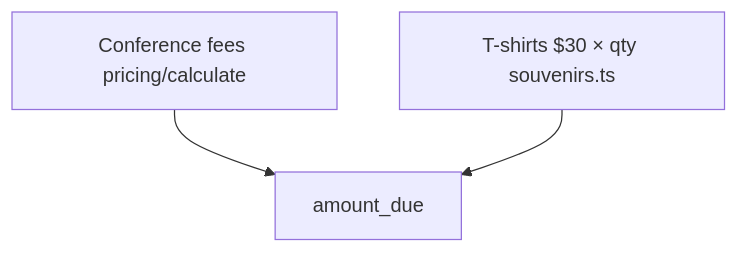
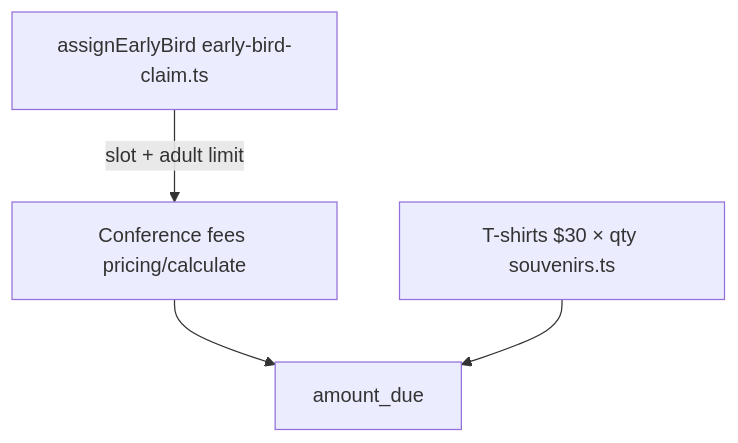
The fifth of 6 diagrams in docs/flows/registration.md (dotnetmike/CFCA_Registration), drawn with Mermaid before and after one commit. The commit also changed other lines of this file and 41 other files, not shown here.

First line of the commit message:
feat(version): bump package version to 0.37.1 and enhance early bird registration features

````diff
--- a/docs/flows/registration.md
+++ b/docs/flows/registration.md
@@ -90,7 +90,9 @@
 ```mermaid
 flowchart TB
+  Claim[assignEarlyBird early-bird-claim.ts]
   Fees[Conference fees pricing/calculate]
   Souvenir[T-shirts $30 × qty souvenirs.ts]
+  Claim -->|slot + adult limit| Fees
   Fees --> Total[amount_due]
   Souvenir --> Total
 ```
````
